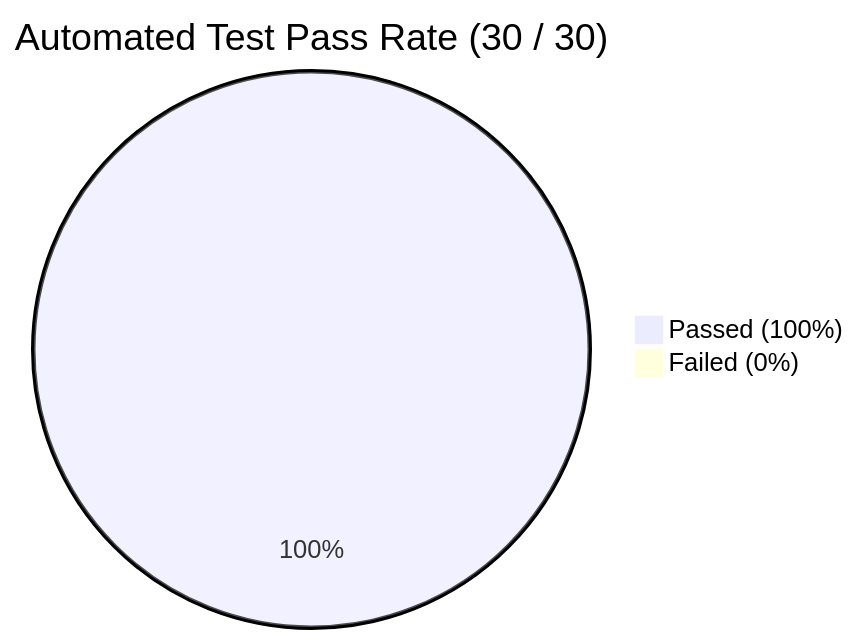
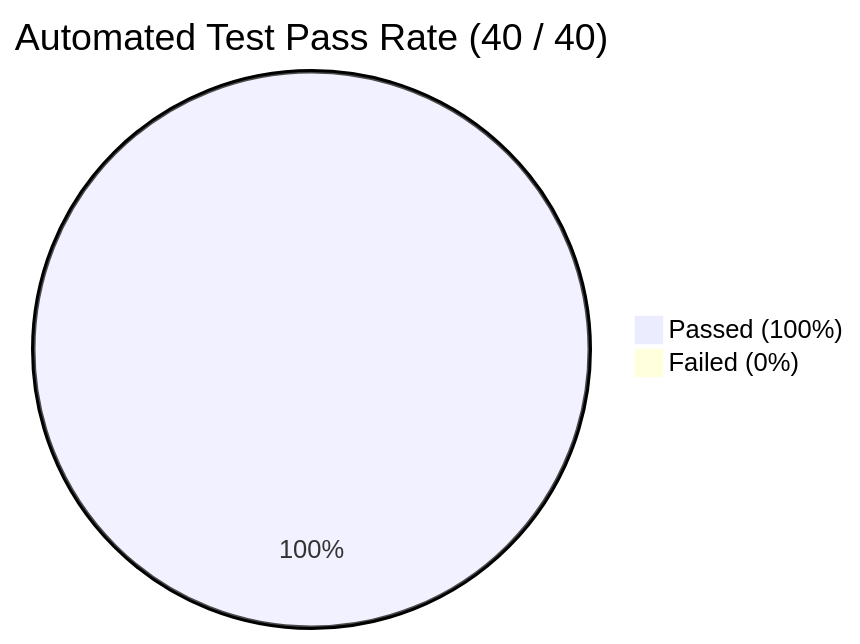
One commit to R-ABIDA/VeLoop-Rewards-Product-Analytics changed the diagram in 07_tests_and_validation/evidence/test_execution_report.md. Above: the diagram before and after it, drawn with Mermaid. The commit also changed other lines of this file and 30 other files, not shown here.

````diff
--- a/07_tests_and_validation/evidence/test_execution_report.md
+++ b/07_tests_and_validation/evidence/test_execution_report.md
@@ -15,5 +15,5 @@
 ```mermaid
-pie title Automated Test Pass Rate (30 / 30)
-    "Passed (100%)" : 30
+pie title Automated Test Pass Rate (40 / 40)
+    "Passed (100%)" : 40
     "Failed (0%)" : 0
 ```
````
